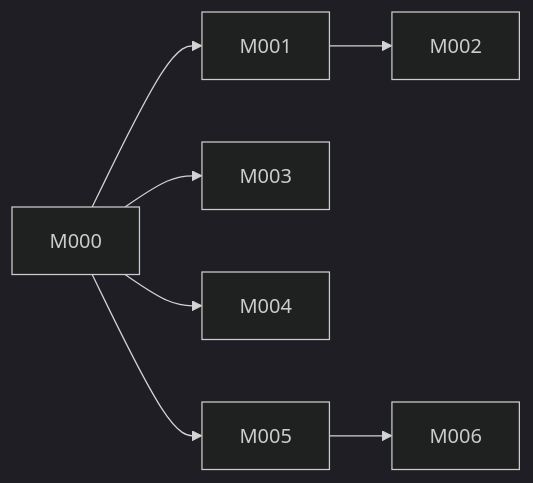
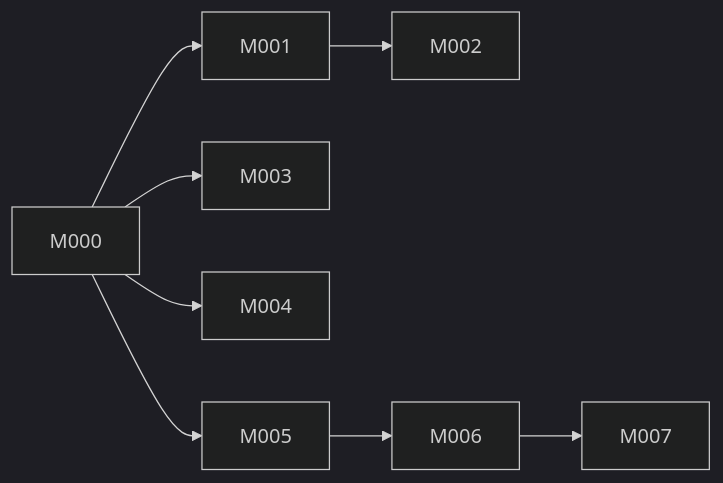
One commit to eskobar95/mercflow changed the diagram in .factory/planning/milestones.md. Above: the diagram before and after it, drawn with Mermaid (dark theme). The commit also changed other lines of this file and 8 other files, not shown here.

````diff
--- a/.factory/planning/milestones.md
+++ b/.factory/planning/milestones.md
@@ -217,9 +253,10 @@
 ```mermaid
 flowchart LR
   M000 --> M001
   M000 --> M003
   M000 --> M004
   M000 --> M005
   M001 --> M002
   M005 --> M006
+  M006 --> M007
 ```
````
